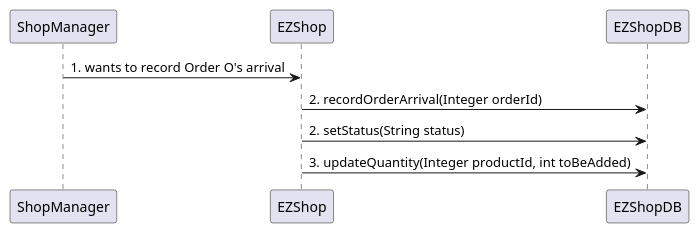
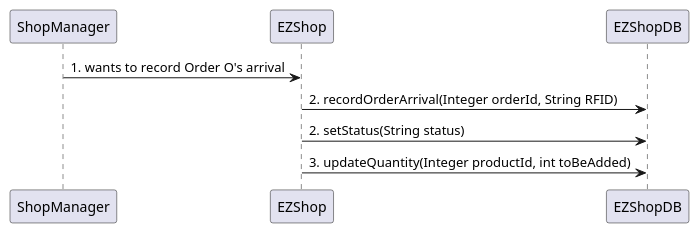
One commit to djemar/softeng_ezshop changed diagram 11 of 31 in Deliverables/DesignDocument.md. Above: the diagram before and after it, drawn with PlantUML. The commit also changed other lines of this file, not shown here.

````diff
--- a/Deliverables/DesignDocument.md
+++ b/Deliverables/DesignDocument.md
@@ -364,6 +371,6 @@
 ```plantuml
 "ShopManager" -> "EZShop": 1. wants to record Order O's arrival
-"EZShop" -> "EZShopDB" : 2. recordOrderArrival(Integer orderId)
+"EZShop" -> "EZShopDB" : 2. recordOrderArrival(Integer orderId, String RFID)
 "EZShop" -> "EZShopDB" : 2. setStatus(String status)
 "EZShop" -> "EZShopDB" : 3. updateQuantity(Integer productId, int toBeAdded)
 ```
````
